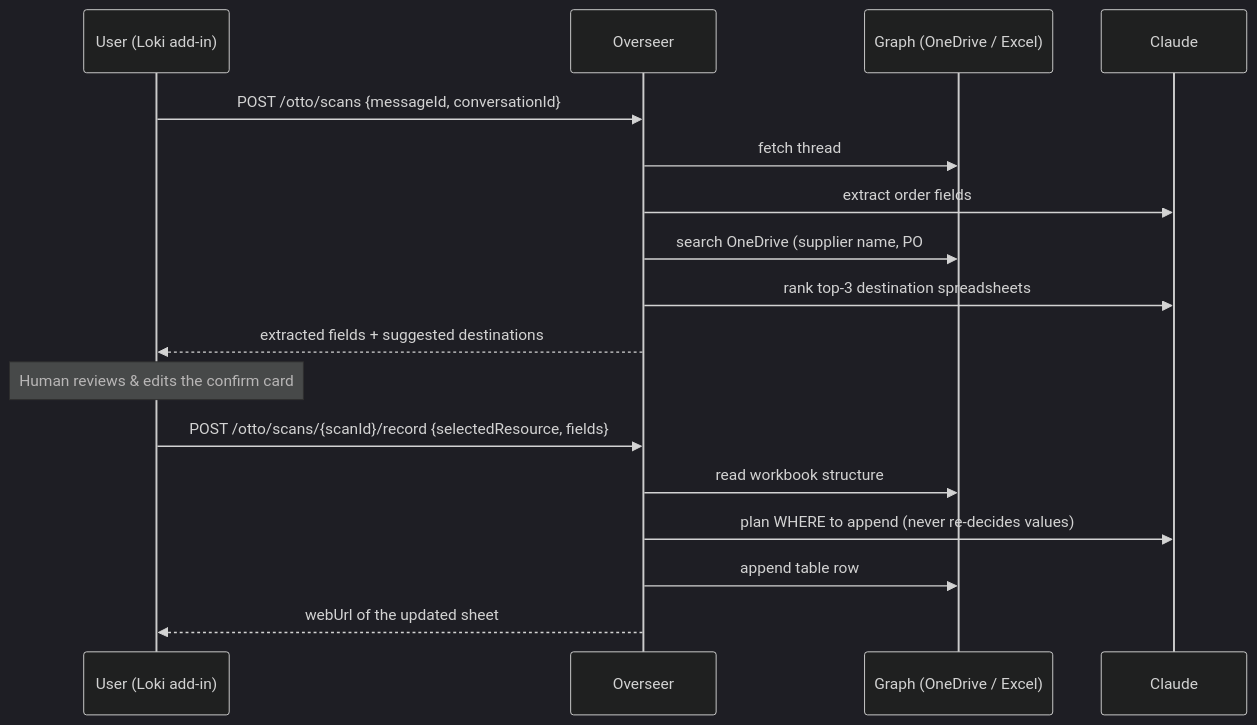
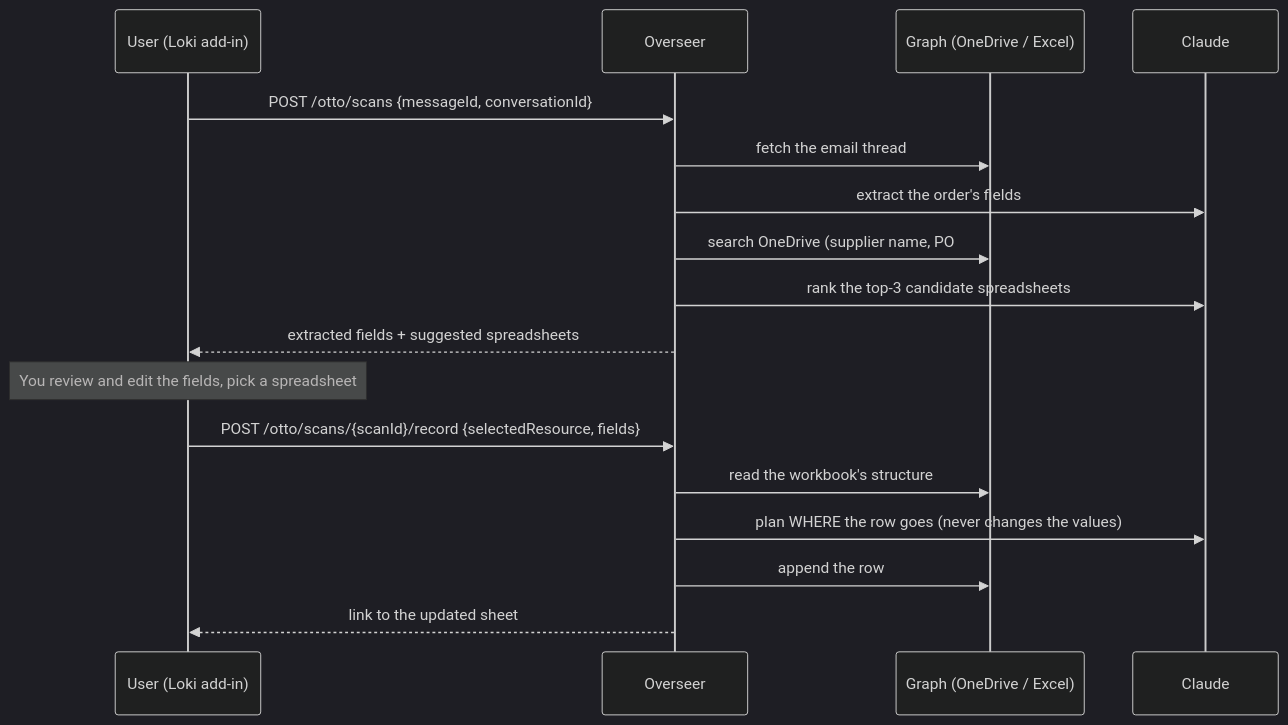
The second of 2 diagrams in README.md (cabrerajulian401/Overseer-ThirdEye), drawn with Mermaid (dark theme) before and after one commit. The commit also changed other lines of this file, not shown here.

````diff
--- a/README.md
+++ b/README.md
@@ -83,20 +99,20 @@
 ```mermaid
 sequenceDiagram
     participant U as User (Loki add-in)
     participant O as Overseer
     participant G as Graph (OneDrive / Excel)
     participant L as Claude
 
     U->>O: POST /otto/scans {messageId, conversationId}
-    O->>G: fetch thread
-    O->>L: extract order fields
-    O->>G: search OneDrive (supplier name, PO#, "orders", recents)
-    O->>L: rank top-3 destination spreadsheets
-    O-->>U: extracted fields + suggested destinations
-    Note over U: Human reviews & edits the confirm card
+    O->>G: fetch the email thread
+    O->>L: extract the order's fields
+    O->>G: search OneDrive (supplier name, PO#, "orders", recent files)
+    O->>L: rank the top-3 candidate spreadsheets
+    O-->>U: extracted fields + suggested spreadsheets
+    Note over U: You review and edit the fields, pick a spreadsheet
     U->>O: POST /otto/scans/{scanId}/record {selectedResource, fields}
-    O->>G: read workbook structure
-    O->>L: plan WHERE to append (never re-decides values)
-    O->>G: append table row
-    O-->>U: webUrl of the updated sheet
+    O->>G: read the workbook's structure
+    O->>L: plan WHERE the row goes (never changes the values)
+    O->>G: append the row
+    O-->>U: link to the updated sheet
 ```
````
